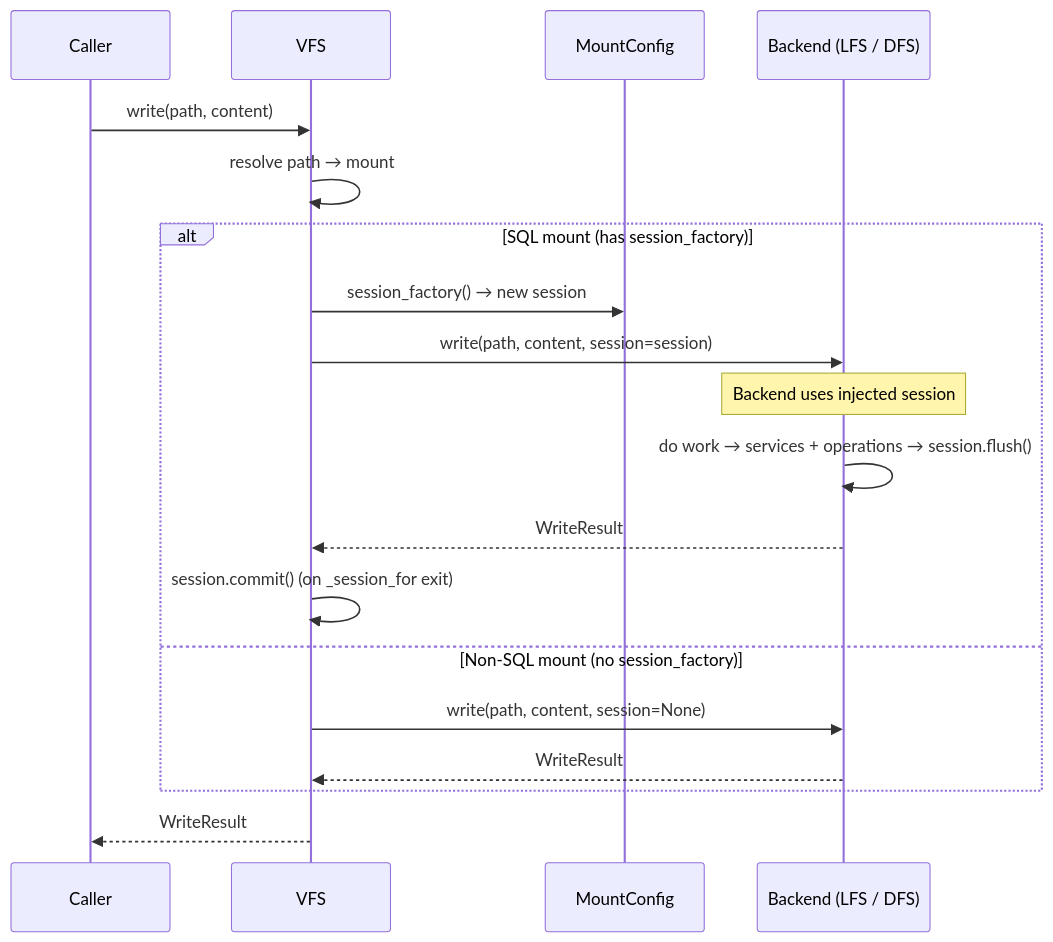
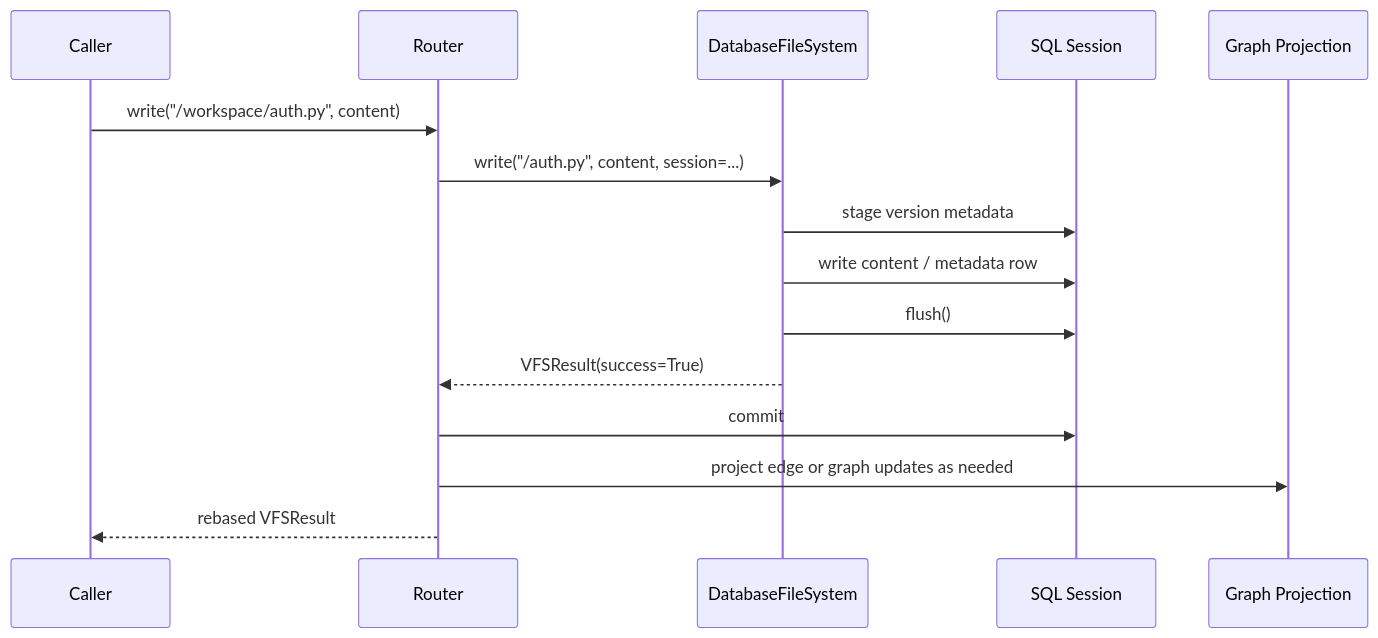
Before and after one commit to ClayGendron/vfs: the third of 3 diagrams in docs/fs_architecture.md, drawn with Mermaid. The commit also changed other lines of this file and 7 other files, not shown here.

````diff
--- a/docs/fs_architecture.md
+++ b/docs/fs_architecture.md
@@ -268,24 +45,18 @@
 ```mermaid
 sequenceDiagram
-    participant Caller
-    participant UFS as VFS
-    participant MC as MountConfig
-    participant Backend as Backend (LFS / DFS)
+    participant C as Caller
+    participant R as Router
+    participant F as DatabaseFileSystem
+    participant DB as SQL Session
+    participant G as Graph Projection
 
-    Caller->>UFS: write(path, content)
-    UFS->>UFS: resolve path → mount
-
-    alt SQL mount (has session_factory)
-        UFS->>MC: session_factory() → new session
-        UFS->>Backend: write(path, content, session=session)
-        Note over Backend: Backend uses injected session
-        Backend->>Backend: do work → services + operations → session.flush()
-        Backend-->>UFS: WriteResult
-        UFS->>UFS: session.commit() (on _session_for exit)
-    else Non-SQL mount (no session_factory)
-        UFS->>Backend: write(path, content, session=None)
-        Backend-->>UFS: WriteResult
-    end
-
-    UFS-->>Caller: WriteResult
+    C->>R: write("/workspace/auth.py", content)
+    R->>F: write("/auth.py", content, session=...)
+    F->>DB: stage version metadata
+    F->>DB: write content / metadata row
+    F->>DB: flush()
+    F-->>R: VFSResult(success=True)
+    R->>DB: commit
+    R->>G: project edge or graph updates as needed
+    R-->>C: rebased VFSResult
 ```
````
